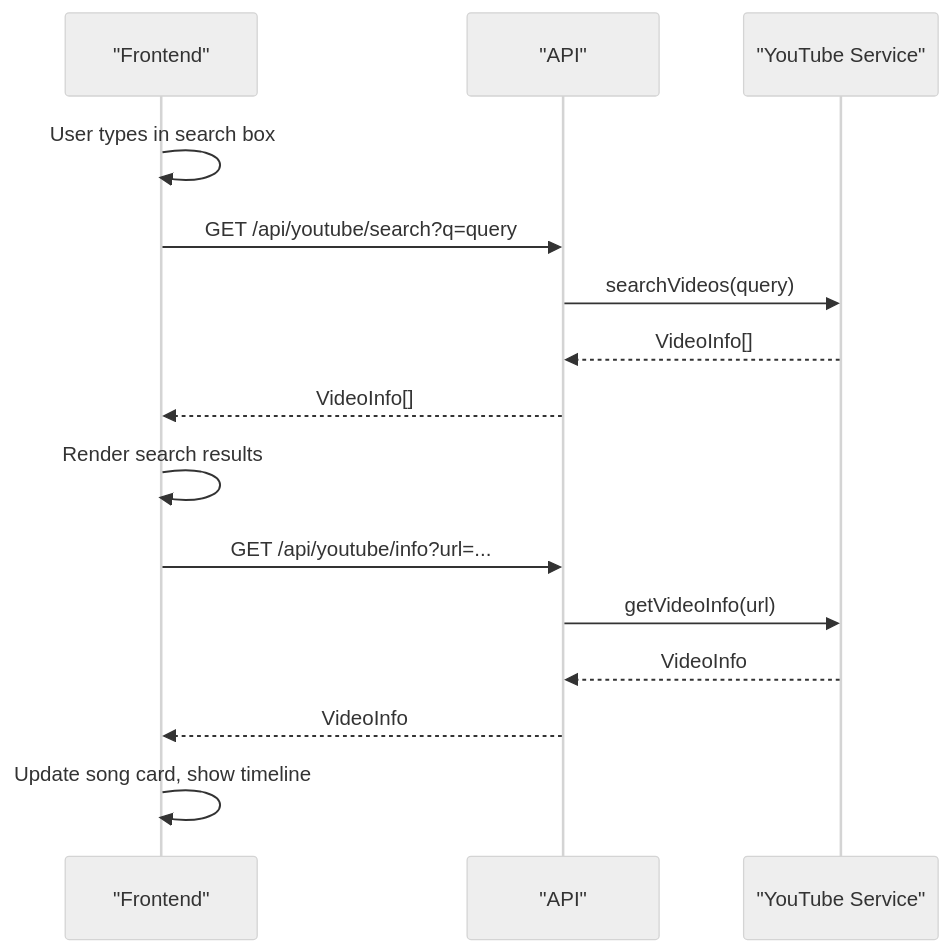
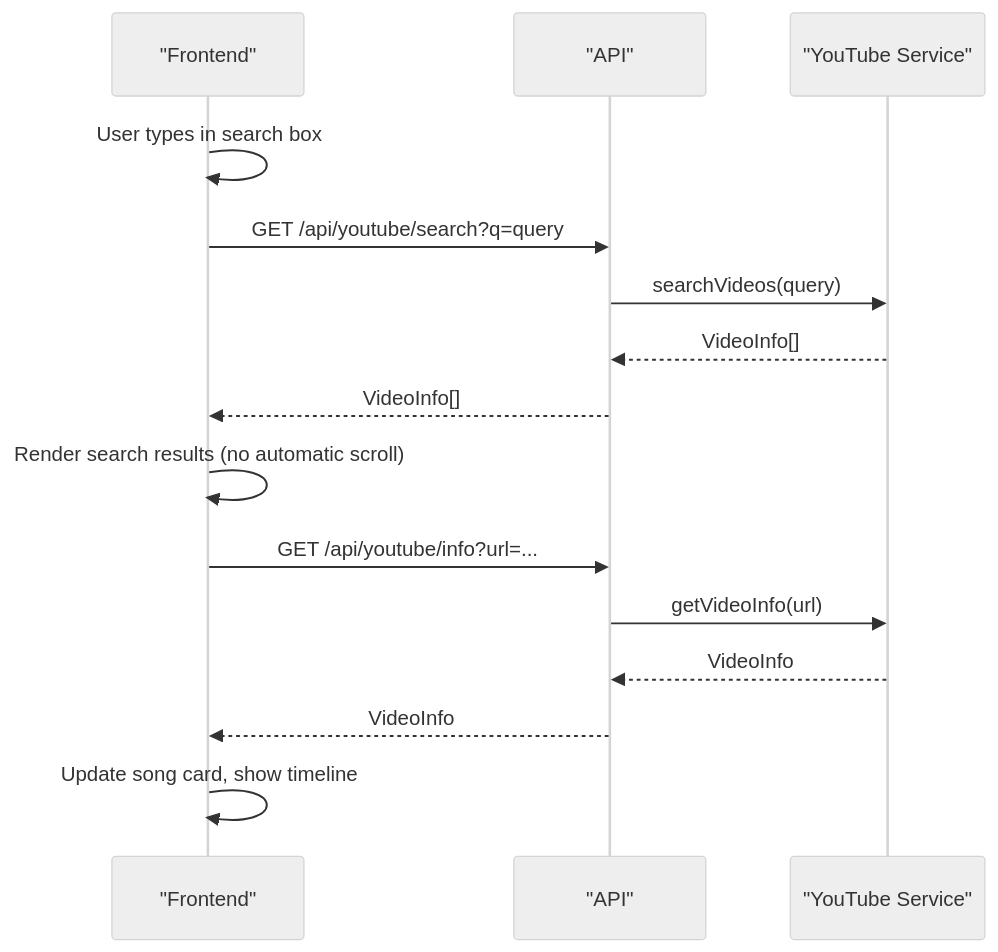
One commit to dkoukoul/kpop-random-dance-generator changed the third of 12 diagrams in .qoder/repowiki/en/content/Frontend Application/Feature Implementations.md. Above: the diagram before and after it, drawn with Mermaid (neutral theme). The commit also changed other lines of this file and 5 other files, not shown here.

````diff
--- a/.qoder/repowiki/en/content/Frontend Application/Feature Implementations.md
+++ b/.qoder/repowiki/en/content/Frontend Application/Feature Implementations.md
@@ -167,17 +169,17 @@
 ```mermaid
 sequenceDiagram
 participant FE as "Frontend"
 participant API as "API"
 participant YT as "YouTube Service"
 FE->>FE : User types in search box
 FE->>API : GET /api/youtube/search?q=query
 API->>YT : searchVideos(query)
 YT-->>API : VideoInfo[]
 API-->>FE : VideoInfo[]
-FE->>FE : Render search results
+FE->>FE : Render search results (no automatic scroll)
 FE->>API : GET /api/youtube/info?url=...
 API->>YT : getVideoInfo(url)
 YT-->>API : VideoInfo
 API-->>FE : VideoInfo
 FE->>FE : Update song card, show timeline
 ```
````
